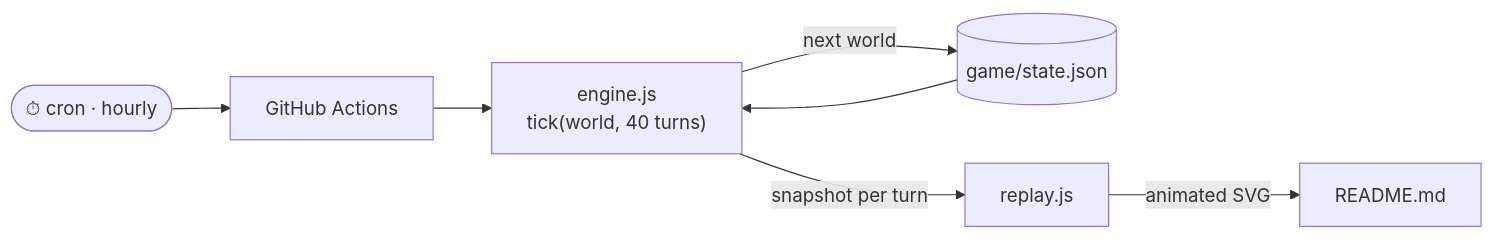
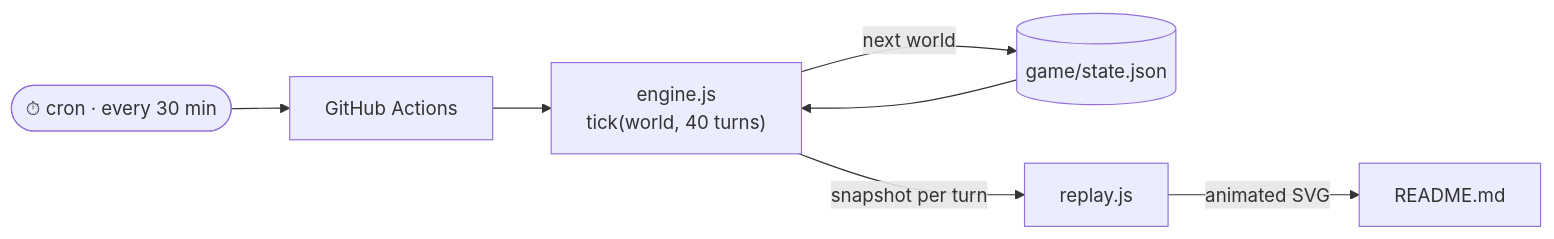
Before and after one commit to abhrajyoti-01/abhrajyoti-01: the diagram in README.md, drawn with Mermaid. The commit also changed other lines of this file and 5 other files, not shown here.

````diff
--- a/README.md
+++ b/README.md
@@ -104,9 +104,9 @@
 ```mermaid
 flowchart LR
-    cron(["⏱ cron · hourly"]) --> job["GitHub Actions"]
+    cron(["⏱ cron · every 30 min"]) --> job["GitHub Actions"]
     state[("game/state.json")] --> engine["engine.js<br/>tick(world, 40 turns)"]
     job --> engine
     engine -->|next world| state
     engine -->|snapshot per turn| replay["replay.js"]
     replay -->|animated SVG| readme["README.md"]
 ```
````
